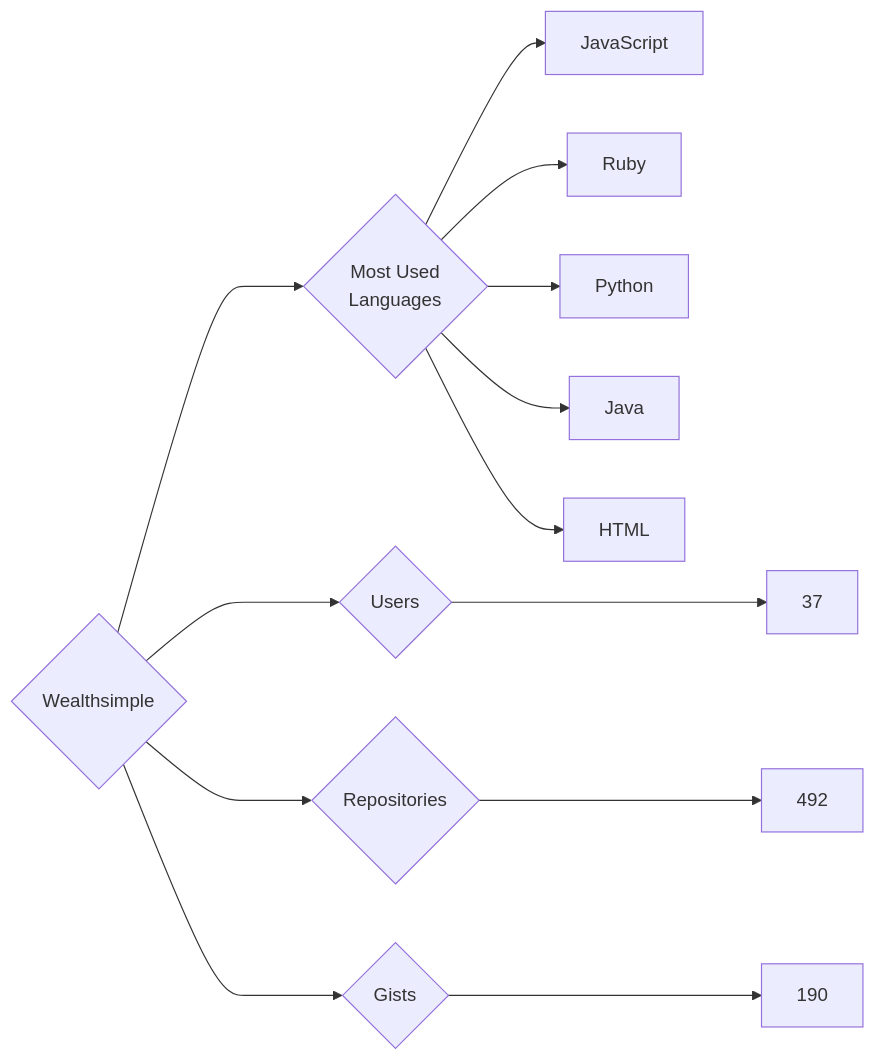
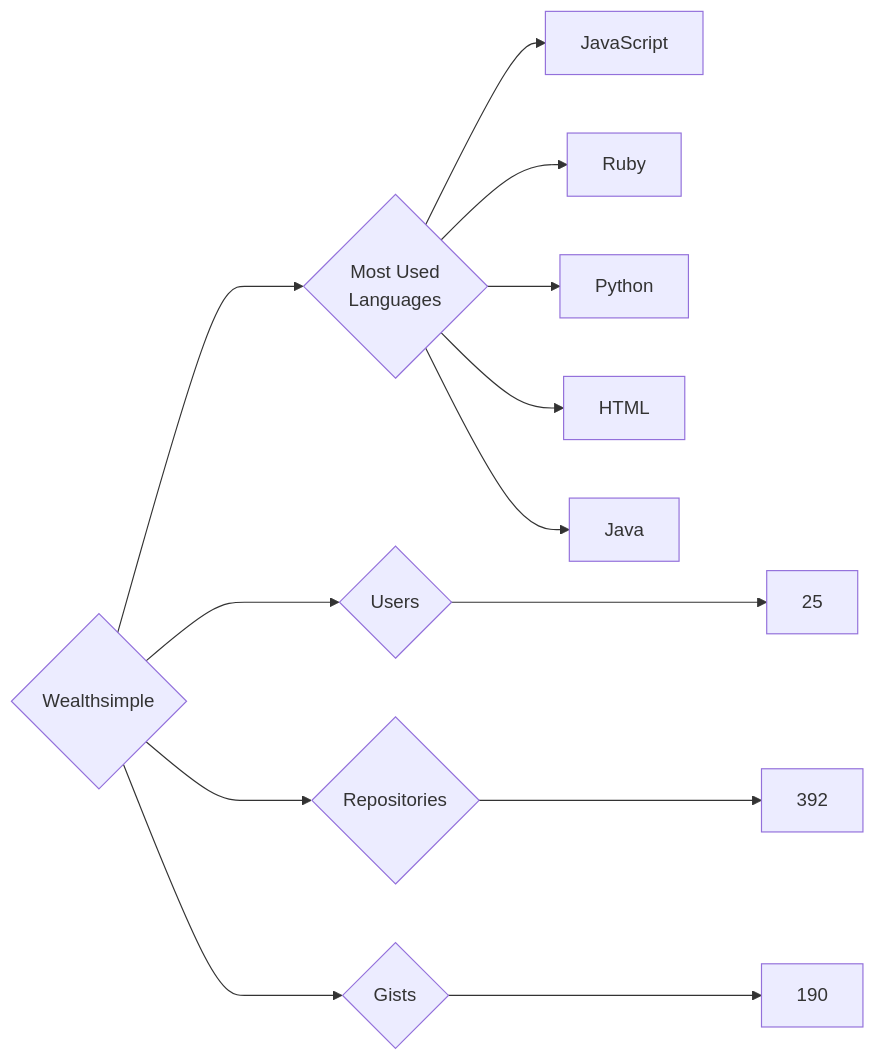
The diagram in targets/Wealthsimple/README.md (trickest/insiders), drawn with Mermaid before and after one commit. The commit also changed 682 other files, not shown here.

````diff
--- a/targets/Wealthsimple/README.md
+++ b/targets/Wealthsimple/README.md
@@ -3,13 +3,13 @@
 ```mermaid
 graph LR
 COMPANY_NAME{Wealthsimple}
-COMPANY_NAME ---> U{Users} ---> UN[37]
-COMPANY_NAME ---> R{Repositories} ---> RN[492]
+COMPANY_NAME ---> U{Users} ---> UN[25]
+COMPANY_NAME ---> R{Repositories} ---> RN[392]
 COMPANY_NAME ---> G{Gists} ---> GN[190]
 COMPANY_NAME ---> ML{Most Used<br>Languages}
 ML --> JavaScript[JavaScript]
 ML --> Ruby[Ruby]
 ML --> Python[Python]
+ML --> HTML[HTML]
 ML --> Java[Java]
-ML --> HTML[HTML]
 ```
````
